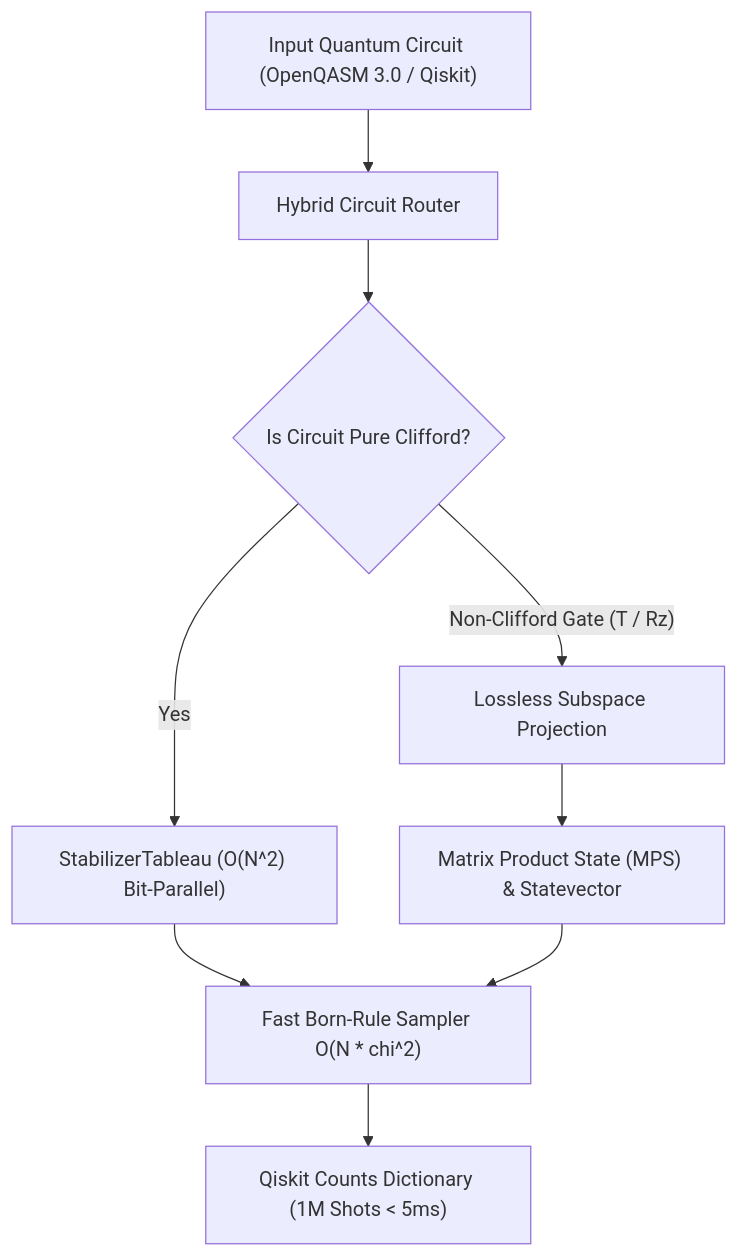
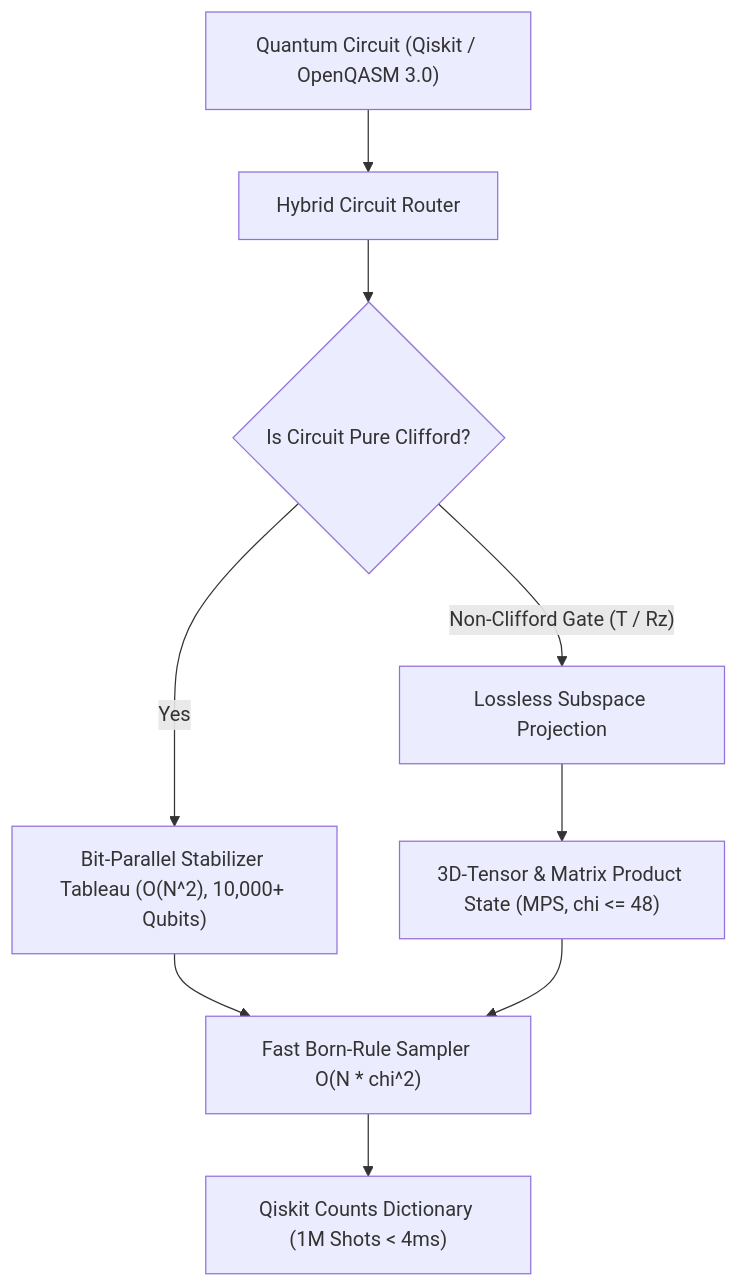
One commit to timfromhcs/CQ-HECS changed the diagram in README.md. Above: the diagram before and after it, drawn with Mermaid. The commit also changed other lines of this file and 20 other files, not shown here.

Commit message:
feat(engine): SOTA bit-exact ring Z[1/sqrt(2), i], 10k stabilizer tableau, 5GB VRAM governor & extreme stress gates v4.5.1

````diff
--- a/README.md
+++ b/README.md
@@ -47,11 +42,11 @@
 ```mermaid
 flowchart TD
-    Circuit["Input Quantum Circuit (OpenQASM 3.0 / Qiskit)"] --> Router["Hybrid Circuit Router"]
+    Circuit["Quantum Circuit (Qiskit / OpenQASM 3.0)"] --> Router["Hybrid Circuit Router"]
     Router --> Check{"Is Circuit Pure Clifford?"}
-    Check -- Yes --> Tableau["StabilizerTableau (O(N^2) Bit-Parallel)"]
+    Check -- Yes --> Tableau["Bit-Parallel Stabilizer Tableau (O(N^2), 10,000+ Qubits)"]
     Check -- Non-Clifford Gate (T / Rz) --> Branch["Lossless Subspace Projection"]
-    Branch --> MPS["Matrix Product State (MPS) & Statevector"]
+    Branch --> MPS["3D-Tensor & Matrix Product State (MPS, chi <= 48)"]
     Tableau --> FastSample["Fast Born-Rule Sampler O(N * chi^2)"]
     MPS --> FastSample
-    FastSample --> Counts["Qiskit Counts Dictionary (1M Shots < 5ms)"]
+    FastSample --> Counts["Qiskit Counts Dictionary (1M Shots < 4ms)"]
 ```
````
